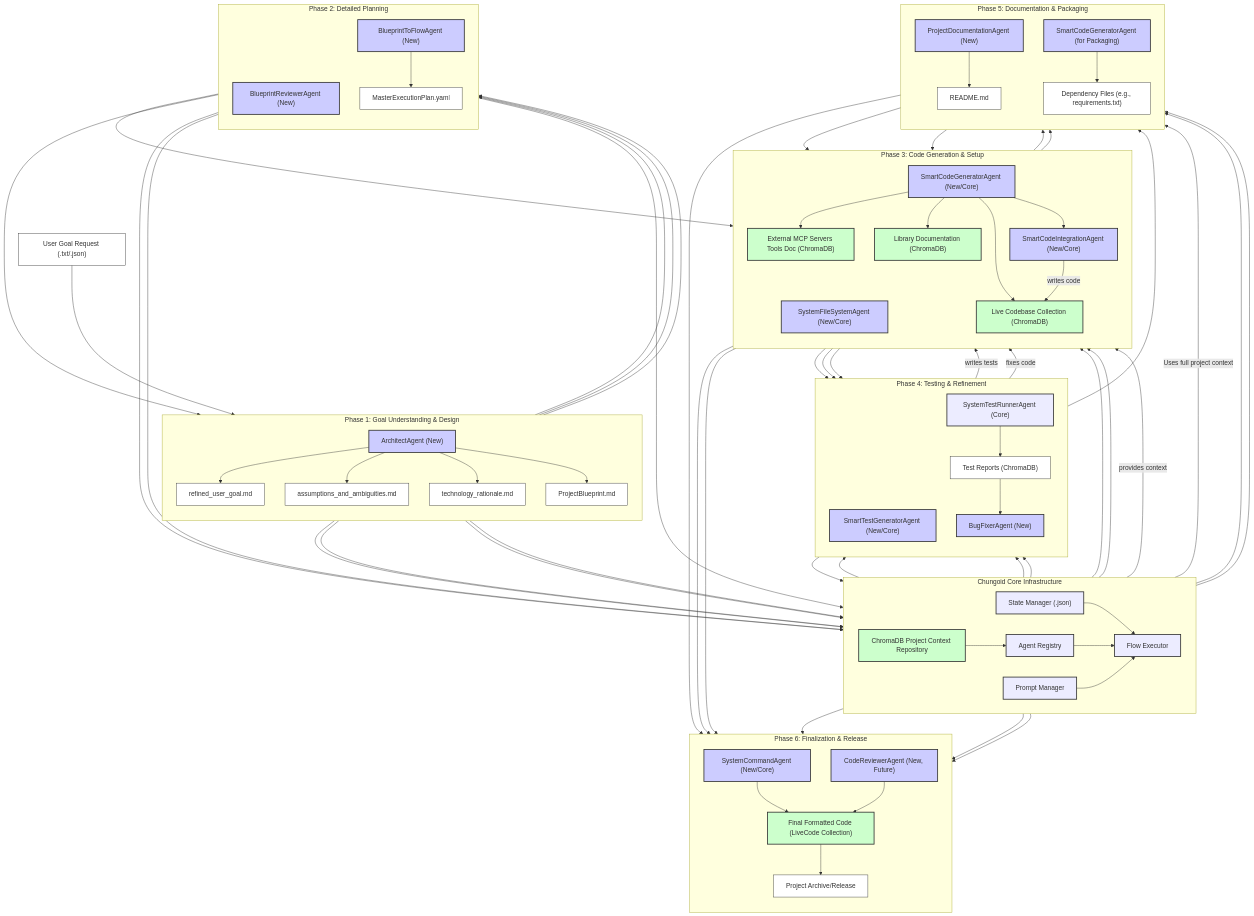
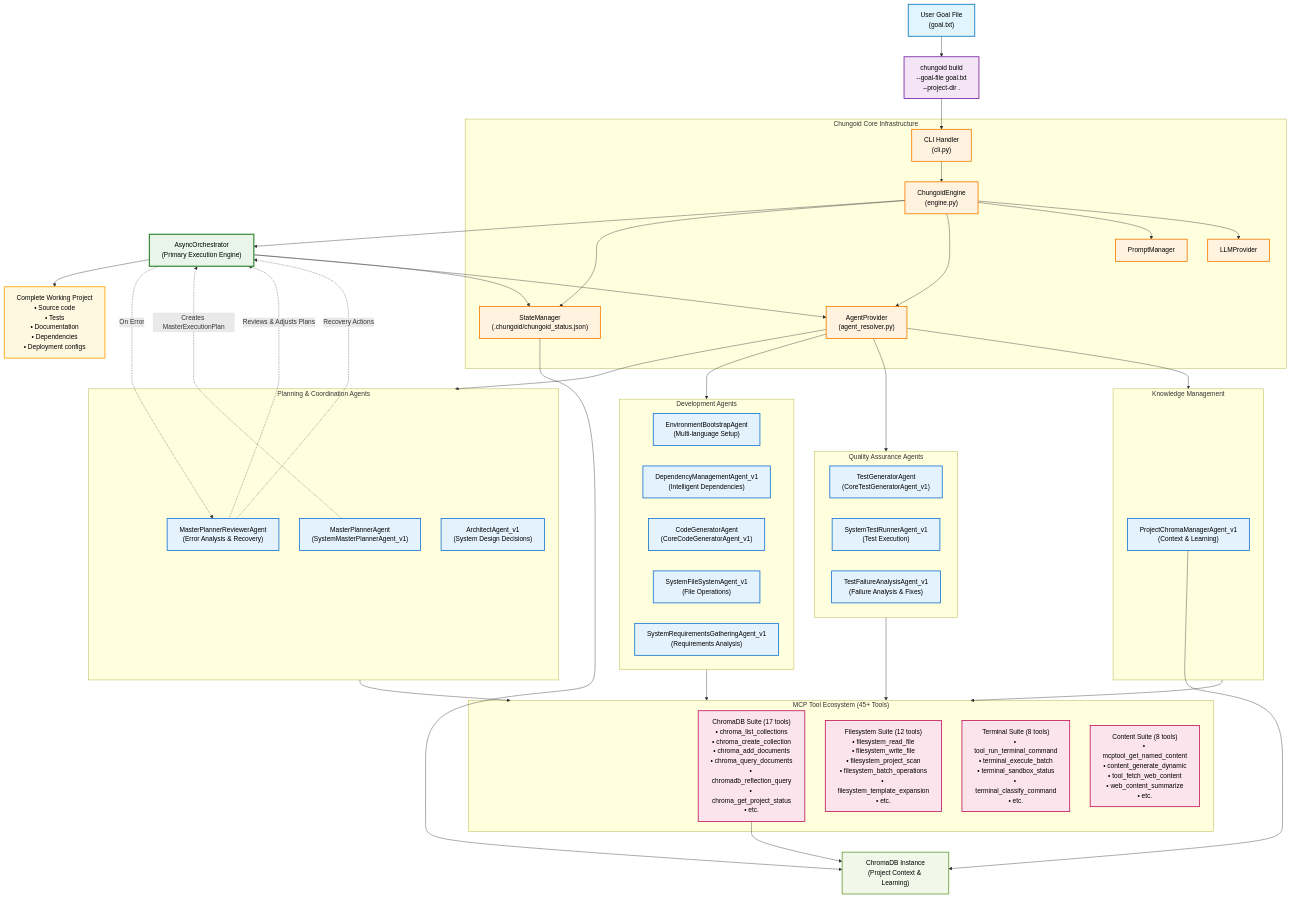
Before and after one commit to chungoid/chungoid: the diagram in docs/autonomous_system_diagram.md, drawn with Mermaid. The commit also changed other lines of this file and 8 other files, not shown here.

````diff
--- a/docs/autonomous_system_diagram.md
+++ b/docs/autonomous_system_diagram.md
@@ -5,158 +5,118 @@
 ```mermaid
 graph TD
     %% Style Definitions
-    classDef phase fill:#f9f,stroke:#333,stroke-width:2px,color:#333;
-    classDef coreComp fill:#lightgrey,stroke:#333,stroke-width:2px;
-    classDef newAgent fill:#ccf,stroke:#333,stroke-width:2px;
-    classDef artifact fill:#fff,stroke:#333,stroke-width:1px,color:#333;
-    classDef datastore fill:#cfc,stroke:#333,stroke-width:2px;
+    classDef userInput fill:#e1f5fe,stroke:#0277bd,stroke-width:2px,color:#000;
+    classDef cliCommand fill:#f3e5f5,stroke:#7b1fa2,stroke-width:2px,color:#000;
+    classDef coreInfra fill:#fff3e0,stroke:#f57c00,stroke-width:2px,color:#000;
+    classDef orchestrator fill:#e8f5e8,stroke:#388e3c,stroke-width:3px,color:#000;
+    classDef agent fill:#e3f2fd,stroke:#1976d2,stroke-width:2px,color:#000;
+    classDef mcpTools fill:#fce4ec,stroke:#c2185b,stroke-width:2px,color:#000;
+    classDef datastore fill:#f1f8e9,stroke:#689f38,stroke-width:2px,color:#000;
+    classDef output fill:#fff8e1,stroke:#ffa000,stroke-width:2px,color:#000;
 
-    %% Central Data Stores & Core Orchestration
-    subgraph CoreInfrastructure [Chungoid Core Infrastructure]
-        direction LR
-        FlowExecutor[Flow Executor]:::coreComp
-        AgentRegistry[Agent Registry]:::coreComp
-        StateManager["State Manager (.json)"]:::coreComp
-        ChromaDB["ChromaDB Project Context Repository"]:::datastore
-        PromptManager["Prompt Manager"]:::coreComp
+    %% User Input
+    UserGoal["User Goal File\n(goal.txt)"]:::userInput
+    CLICommand["chungoid build\n--goal-file goal.txt\n--project-dir ."]:::cliCommand
+    
+    %% Core Infrastructure
+    subgraph CoreInfra ["Chungoid Core Infrastructure"]
+        CLI["CLI Handler\n(cli.py)"]:::coreInfra
+        Engine["ChungoidEngine\n(engine.py)"]:::coreInfra
+        StateManager["StateManager\n(.chungoid/chungoid_status.json)"]:::coreInfra
+        AgentProvider["AgentProvider\n(agent_resolver.py)"]:::coreInfra
+        PromptManager["PromptManager"]:::coreInfra
+        LLMProvider["LLMProvider"]:::coreInfra
     end
 
-    ChromaDB --> AgentRegistry
-    StateManager --> FlowExecutor
-    AgentRegistry --> FlowExecutor
-    PromptManager --> FlowExecutor
+    %% Central Orchestrator
+    AsyncOrch["AsyncOrchestrator\n(Primary Execution Engine)"]:::orchestrator
 
+    %% ChromaDB Context & Learning
+    ChromaDB["ChromaDB Instance\n(Project Context & Learning)"]:::datastore
 
-    %% Input
-    UserInput["User Goal Request (.txt/.json)"]:::artifact
+    %% Planning & Coordination Agents
+    subgraph PlanningAgents ["Planning & Coordination Agents"]
+        MasterPlanner["MasterPlannerAgent\n(SystemMasterPlannerAgent_v1)"]:::agent
+        PlannerReviewer["MasterPlannerReviewerAgent\n(Error Analysis & Recovery)"]:::agent
+        ArchitectAgent["ArchitectAgent_v1\n(System Design Decisions)"]:::agent
+    end
 
-    %% Phase 1: Goal Understanding & Architectural Design
-    subgraph Phase1 ["Phase 1: Goal Understanding & Design"]
-        direction TB
-        P1_ArchitectAgent["ArchitectAgent (New)"]:::newAgent
-        P1_RefinedGoal["refined_user_goal.md"]:::artifact
-        P1_Assumptions["assumptions_and_ambiguities.md"]:::artifact
-        P1_TechRationale["technology_rationale.md"]:::artifact
-        P1_Blueprint["ProjectBlueprint.md"]:::artifact
+    %% Development Agents
+    subgraph DevAgents ["Development Agents"]
+        EnvBootstrap["EnvironmentBootstrapAgent\n(Multi-language Setup)"]:::agent
+        DepMgmt["DependencyManagementAgent_v1\n(Intelligent Dependencies)"]:::agent
+        CodeGen["CodeGeneratorAgent\n(CoreCodeGeneratorAgent_v1)"]:::agent
+        SystemFS["SystemFileSystemAgent_v1\n(File Operations)"]:::agent
+        RequirementsAgent["SystemRequirementsGatheringAgent_v1\n(Requirements Analysis)"]:::agent
     end
-    class Phase1 phase;
-    UserInput --> P1_ArchitectAgent;
-    P1_ArchitectAgent --> P1_RefinedGoal;
-    P1_ArchitectAgent --> P1_Assumptions;
-    P1_ArchitectAgent --> P1_TechRationale;
-    P1_ArchitectAgent --> P1_Blueprint;
-    P1_RefinedGoal --> ChromaDB;
-    P1_Assumptions --> ChromaDB;
-    P1_TechRationale --> ChromaDB;
-    P1_Blueprint --> ChromaDB;
 
-    %% Phase 2: Detailed Planning & Workflow Generation
-    subgraph Phase2 ["Phase 2: Detailed Planning"]
-        direction TB
-        P2_BlueprintReviewer["BlueprintReviewerAgent (New)"]:::newAgent
-        P2_BlueprintToFlow["BlueprintToFlowAgent (New)"]:::newAgent
-        P2_MasterPlan["MasterExecutionPlan.yaml"]:::artifact
+    %% Quality Assurance Agents
+    subgraph QAAgents ["Quality Assurance Agents"]
+        TestGen["TestGeneratorAgent\n(CoreTestGeneratorAgent_v1)"]:::agent
+        TestRunner["SystemTestRunnerAgent_v1\n(Test Execution)"]:::agent
+        TestFailAnalysis["TestFailureAnalysisAgent_v1\n(Failure Analysis & Fixes)"]:::agent
     end
-    class Phase2 phase;
-    P1_Blueprint --> P2_BlueprintReviewer;
-    %% Refinement loop implied
-    P2_BlueprintReviewer --> P1_Blueprint;
-    P1_Blueprint --> P2_BlueprintToFlow;
-    P2_BlueprintToFlow --> P2_MasterPlan;
-    %% Stored/tracked by StateManager
-    P2_MasterPlan --> StateManager;
-    %% Also context for other agents
-    P2_MasterPlan --> ChromaDB;
 
-    %% Connection to Flow Executor
-    P2_MasterPlan --> FlowExecutor;
+    %% Knowledge Management
+    subgraph KnowledgeAgents ["Knowledge Management"]
+        ChromaManager["ProjectChromaManagerAgent_v1\n(Context & Learning)"]:::agent
+    end
 
-    %% Phase 3: Code Generation, Integration & Initial Setup
-    subgraph Phase3 ["Phase 3: Code Generation & Setup"]
-        direction TB
-        P3_FileSystemAgent["SystemFileSystemAgent (New/Core)"]:::newAgent
-        P3_SmartCodeGen["SmartCodeGeneratorAgent (New/Core)"]:::newAgent
-        P3_SmartCodeInteg["SmartCodeIntegrationAgent (New/Core)"]:::newAgent
-        P3_LiveCode["Live Codebase Collection (ChromaDB)"]:::datastore
-        P3_ExternalMCP["External MCP Servers Tools Doc (ChromaDB)"]:::datastore
-        P3_LibDoc["Library Documentation (ChromaDB)"]:::datastore
+    %% MCP Tool Suites (45+ Tools)
+    subgraph MCPTools ["MCP Tool Ecosystem (45+ Tools)"]
+        ChromaTools["ChromaDB Suite (17 tools)\n• chroma_list_collections\n• chroma_create_collection\n• chroma_add_documents\n• chroma_query_documents\n• chromadb_reflection_query\n• chroma_get_project_status\n• etc."]:::mcpTools
+        
+        FSTools["Filesystem Suite (12 tools)\n• filesystem_read_file\n• filesystem_write_file\n• filesystem_project_scan\n• filesystem_batch_operations\n• filesystem_template_expansion\n• etc."]:::mcpTools
+        
+        TerminalTools["Terminal Suite (8 tools)\n• tool_run_terminal_command\n• terminal_execute_batch\n• terminal_sandbox_status\n• terminal_classify_command\n• etc."]:::mcpTools
+        
+        ContentTools["Content Suite (8 tools)\n• mcptool_get_named_content\n• content_generate_dynamic\n• tool_fetch_web_content\n• web_content_summarize\n• etc."]:::mcpTools
     end
-    class Phase3 phase;
-    FlowExecutor --> P3_FileSystemAgent;
-    FlowExecutor --> P3_SmartCodeGen;
-    P3_SmartCodeGen --> P3_LiveCode;
-    P3_SmartCodeGen --> P3_ExternalMCP;
-    P3_SmartCodeGen --> P3_LibDoc;
-    P3_SmartCodeGen --> P3_SmartCodeInteg;
-    P3_SmartCodeInteg -- "writes code" --> P3_LiveCode;
-    ChromaDB -- "provides context" --> P3_SmartCodeGen
 
-    %% Phase 4: Testing & Refinement
-    subgraph Phase4 ["Phase 4: Testing & Refinement"]
-        direction TB
-        P4_SmartTestGen["SmartTestGeneratorAgent (New/Core)"]:::newAgent
-        P4_SystemTestRunner["SystemTestRunnerAgent (Core)"]:::coreComp
-        P4_BugFixerAgent["BugFixerAgent (New)"]:::newAgent
-        P4_TestReports["Test Reports (ChromaDB)"]:::artifact
-    end
-    class Phase4 phase;
-    P3_LiveCode --> P4_SmartTestGen;
-    FlowExecutor --> P4_SmartTestGen;
-    %% Tests are also code
-    P4_SmartTestGen -- "writes tests" --> P3_LiveCode;
-    FlowExecutor --> P4_SystemTestRunner;
-    P3_LiveCode --> P4_SystemTestRunner;
-    P4_SystemTestRunner --> P4_TestReports;
-    P4_TestReports --> ChromaDB;
-    P4_TestReports --> P4_BugFixerAgent;
-    FlowExecutor --> P4_BugFixerAgent;
-    P4_BugFixerAgent -- "fixes code" --> P3_LiveCode;
+    %% Project Output
+    CompleteProject["Complete Working Project\n• Source code\n• Tests\n• Documentation\n• Dependencies\n• Deployment configs"]:::output
 
-    %% Phase 5: Documentation & Packaging
-    subgraph Phase5 ["Phase 5: Documentation & Packaging"]
-        direction TB
-        P5_ProjectDocAgent["ProjectDocumentationAgent (New)"]:::newAgent
-        P5_SmartCodeGenPack["SmartCodeGeneratorAgent (for Packaging)"]:::newAgent
-        P5_Readme["README.md"]:::artifact
-        P5_Deps["Dependency Files (e.g., requirements.txt)"]:::artifact
-    end
-    class Phase5 phase;
-    P3_LiveCode --> P5_ProjectDocAgent;
-    ChromaDB -- "Uses full project context" --> P5_ProjectDocAgent;
-    FlowExecutor --> P5_ProjectDocAgent;
-    P5_ProjectDocAgent --> P5_Readme;
-    %% Docs added to codebase
-    P5_Readme --> P3_LiveCode;
-    FlowExecutor --> P5_SmartCodeGenPack;
-    P3_LiveCode --> P5_SmartCodeGenPack;
-    P5_SmartCodeGenPack --> P5_Deps;
-    %% Deps added to codebase
-    P5_Deps --> P3_LiveCode;
-
-    %% Phase 6: Finalization & Release Preparation
-    subgraph Phase6 ["Phase 6: Finalization & Release"]
-        direction TB
-        P6_SystemCommand["SystemCommandAgent (New/Core)"]:::newAgent
-        P6_CodeReviewer["CodeReviewerAgent (New, Future)"]:::newAgent
-        P6_FinalCode["Final Formatted Code (LiveCode Collection)"]:::datastore
-        P6_Release["Project Archive/Release"]:::artifact
-    end
-    class Phase6 phase;
-    %% Linting/Formatting
-    P3_LiveCode --> P6_SystemCommand;
-    FlowExecutor --> P6_SystemCommand;
-    P3_LiveCode --> P6_CodeReviewer;
-    ChromaDB --> P6_CodeReviewer;
-    FlowExecutor --> P6_CodeReviewer;
-    P6_SystemCommand --> P6_FinalCode;
-    P6_CodeReviewer --> P6_FinalCode;
-    P6_FinalCode --> P6_Release;
-
-    %% General Linkages
-    Phase1 --> Phase2;
-    Phase2 --> Phase3;
-    Phase3 --> Phase4;
-    Phase4 --> Phase5;
-    Phase5 --> Phase6;
-
+    %% Main Flow Connections
+    UserGoal --> CLICommand
+    CLICommand --> CLI
+    CLI --> Engine
+    Engine --> AsyncOrch
+    
+    %% Core Infrastructure Connections
+    Engine --> StateManager
+    Engine --> AgentProvider
+    Engine --> PromptManager
+    Engine --> LLMProvider
+    
+    %% Orchestrator to Agent Communication
+    AsyncOrch --> AgentProvider
+    AgentProvider --> PlanningAgents
+    AgentProvider --> DevAgents
+    AgentProvider --> QAAgents
+    AgentProvider --> KnowledgeAgents
+    
+    %% Agent to Tool Communication
+    PlanningAgents --> MCPTools
+    DevAgents --> MCPTools
+    QAAgents --> MCPTools
+    KnowledgeAgents --> MCPTools
+    
+    %% ChromaDB Integration
+    ChromaManager --> ChromaDB
+    ChromaTools --> ChromaDB
+    
+    %% State Management
+    AsyncOrch --> StateManager
+    StateManager --> ChromaDB
+    
+    %% Final Output
+    AsyncOrch --> CompleteProject
+    
+    %% Execution Plan Flow
+    MasterPlanner -.->|"Creates MasterExecutionPlan"| AsyncOrch
+    PlannerReviewer -.->|"Reviews & Adjusts Plans"| AsyncOrch
+    
+    %% Error Handling Flow
+    AsyncOrch -.->|"On Error"| PlannerReviewer
+    PlannerReviewer -.->|"Recovery Actions"| AsyncOrch
 ```
````
